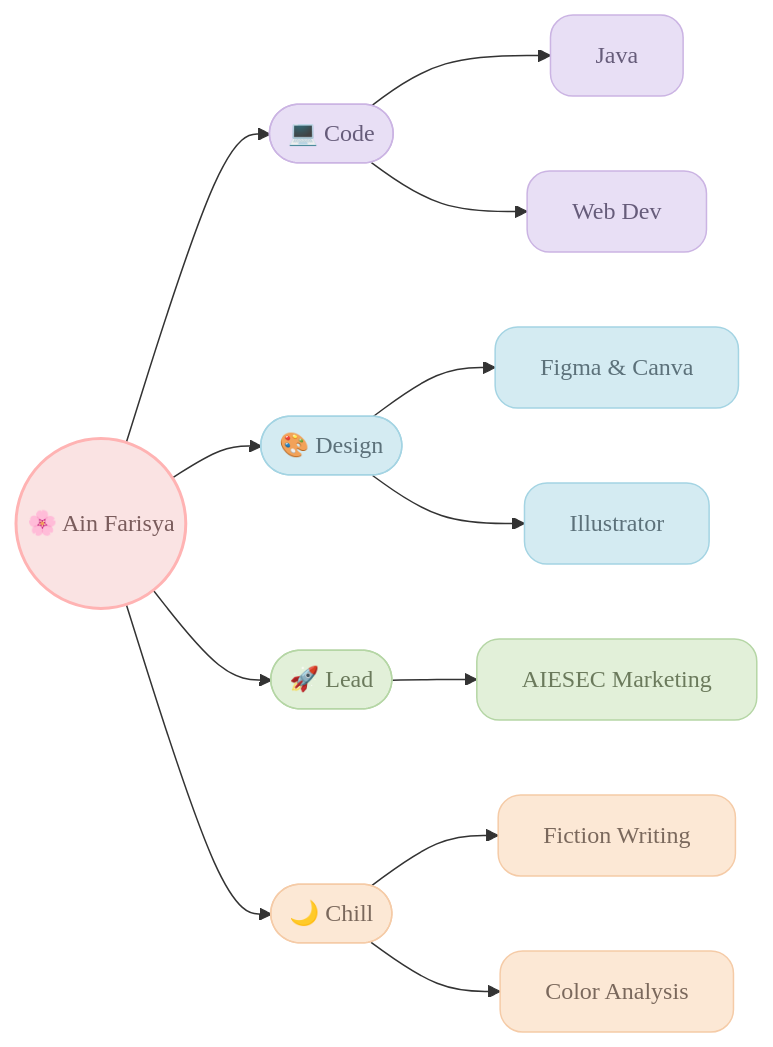
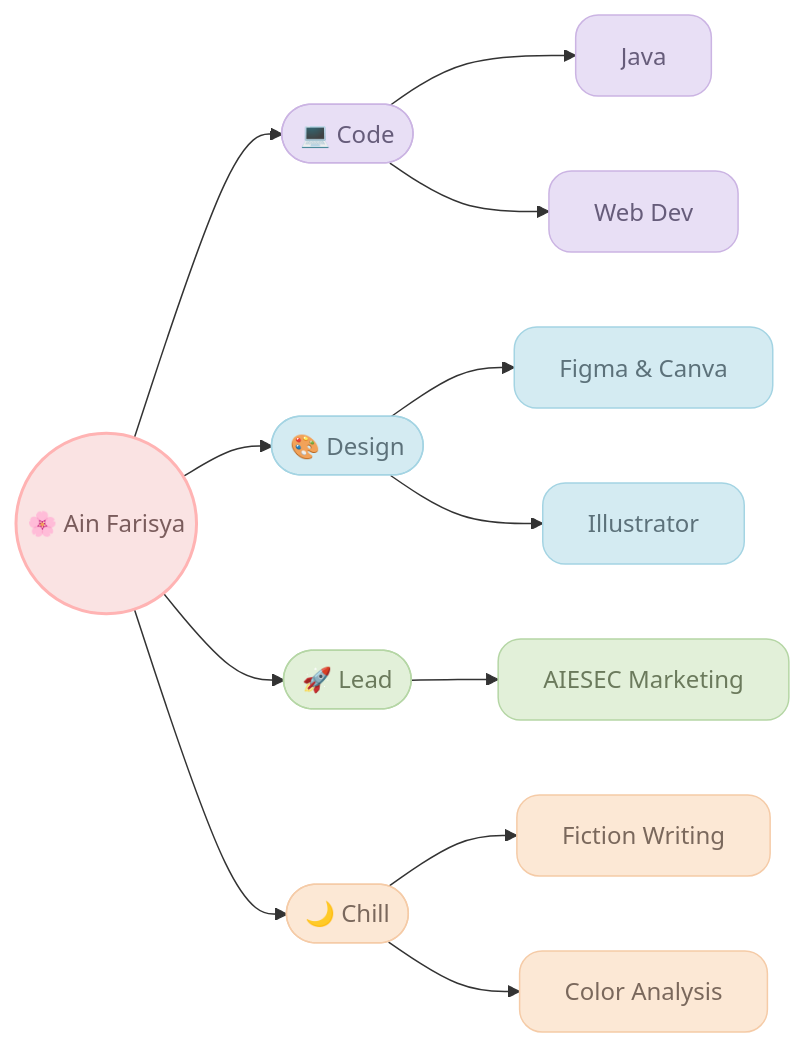
One commit to drshahizan/learn-github changed the diagram in latihan/id/IHonestlyDontKnowWhatToPut/exer1.md. Above: the diagram before and after it, drawn with Mermaid. The commit also changed other lines of this file, not shown here.

````diff
--- a/latihan/id/IHonestlyDontKnowWhatToPut/exer1.md
+++ b/latihan/id/IHonestlyDontKnowWhatToPut/exer1.md
@@ -14,25 +9,25 @@
 ```mermaid
 graph LR
-    %% Defining ultra-soft pastel styles with a softer font and no harsh black lines %%
-    classDef main fill:#fae3e3,stroke:#ffb3b3,stroke-width:2px,color:#7a5c5c,rx:20,ry:20,font-family:Comic Sans MS, cursive;
-    classDef code fill:#e8dff5,stroke:#cbb4e3,stroke-width:1px,color:#665c7a,rx:15,ry:15,font-family:Comic Sans MS, cursive;
-    classDef design fill:#d4ebf2,stroke:#a4d4e3,stroke-width:1px,color:#5c717a,rx:15,ry:15,font-family:Comic Sans MS, cursive;
-    classDef lead fill:#e2f0d9,stroke:#b5d6a5,stroke-width:1px,color:#6b7a5c,rx:15,ry:15,font-family:Comic Sans MS, cursive;
-    classDef chill fill:#fce8d5,stroke:#f5cba7,stroke-width:1px,color:#7a685c,rx:15,ry:15,font-family:Comic Sans MS, cursive;
+    %% Defining ultra-soft pastel styles %%
+    classDef main fill:#fae3e3,stroke:#ffb3b3,stroke-width:2px,color:#7a5c5c,rx:20,ry:20;
+    classDef code fill:#e8dff5,stroke:#cbb4e3,stroke-width:1px,color:#665c7a,rx:15,ry:15;
+    classDef design fill:#d4ebf2,stroke:#a4d4e3,stroke-width:1px,color:#5c717a,rx:15,ry:15;
+    classDef lead fill:#e2f0d9,stroke:#b5d6a5,stroke-width:1px,color:#6b7a5c,rx:15,ry:15;
+    classDef chill fill:#fce8d5,stroke:#f5cba7,stroke-width:1px,color:#7a685c,rx:15,ry:15;
 
     Me((🌸 Ain Farisya)):::main --> Code([💻 Code]):::code
     Me --> Design([🎨 Design]):::design
     Me --> Lead([🚀 Lead]):::lead
     Me --> Chill([🌙 Chill]):::chill
 
     Code --> J[Java]:::code
     Code --> W[Web Dev]:::code
     
     Design --> F[Figma & Canva]:::design
     Design --> I[Illustrator]:::design
     
     Lead --> A[AIESEC Marketing]:::lead
     
     Chill --> Story[Fiction Writing]:::chill
     Chill --> Color[Color Analysis]:::chill
 ```
````
